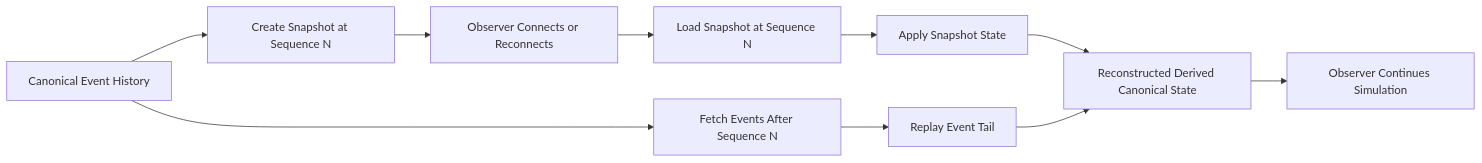
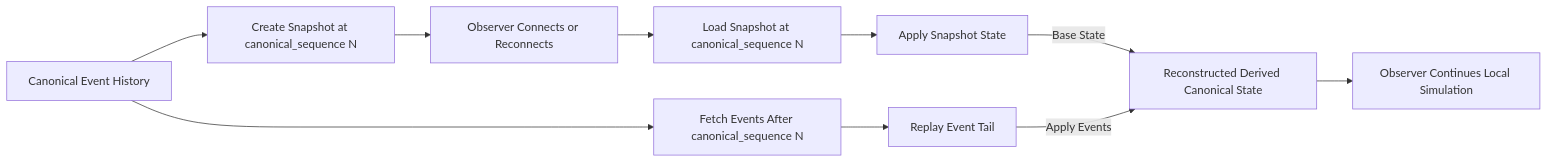
Before and after one commit to godofthunder101/crypsa-architecture: the diagram in diagrams/CrypSA_Snapshot_And_Replay.md, drawn with Mermaid. The commit also changed other lines of this file, not shown here.

Commit message:
Update diagram and text for canonical_sequence terminology

````diff
--- a/diagrams/CrypSA_Snapshot_And_Replay.md
+++ b/diagrams/CrypSA_Snapshot_And_Replay.md
@@ -16,18 +16,18 @@
-```mermaid id="p0v3p2"
+```mermaid id="snapshot_replay"
 flowchart LR
 
-A[Canonical Event History] --> B[Create Snapshot at Sequence N]
+A[Canonical Event History] --> B[Create Snapshot at canonical_sequence N]
 
 B --> C[Observer Connects or Reconnects]
-C --> D[Load Snapshot at Sequence N]
+C --> D[Load Snapshot at canonical_sequence N]
 
-A --> E[Fetch Events After Sequence N]
+A --> E[Fetch Events After canonical_sequence N]
 
 D --> F[Apply Snapshot State]
 E --> G[Replay Event Tail]
 
-F --> H[Reconstructed Derived Canonical State]
-G --> H
+F -->|Base State| H[Reconstructed Derived Canonical State]
+G -->|Apply Events| H
 
-H --> I[Observer Continues Simulation]
+H --> I[Observer Continues Local Simulation]
 ```
````
